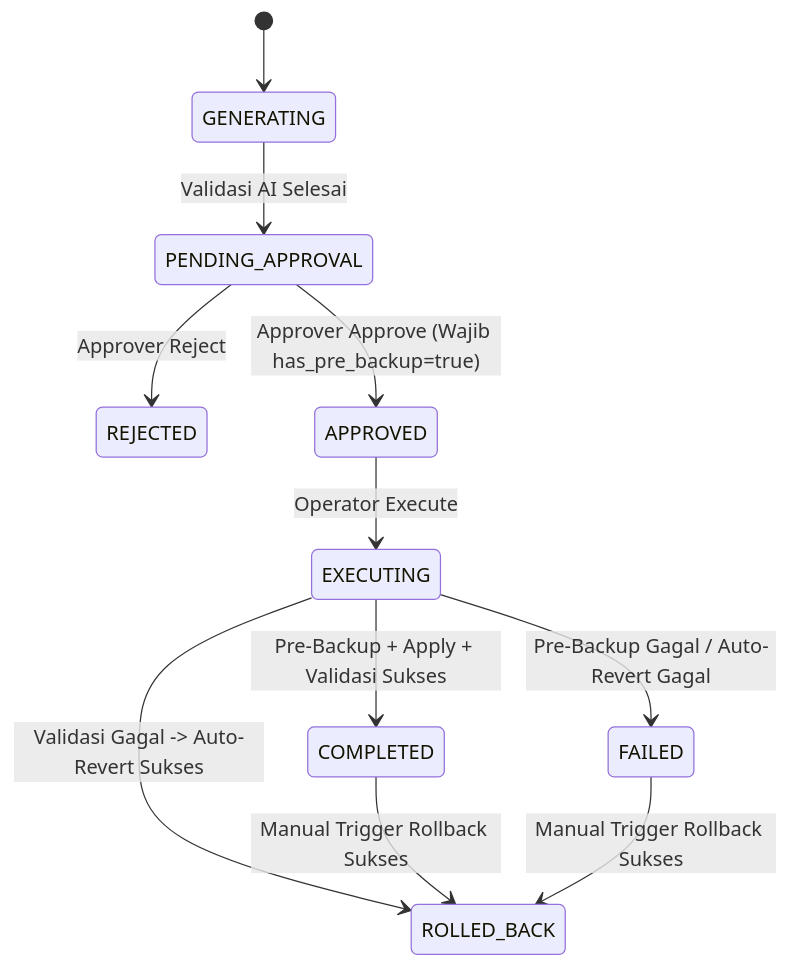
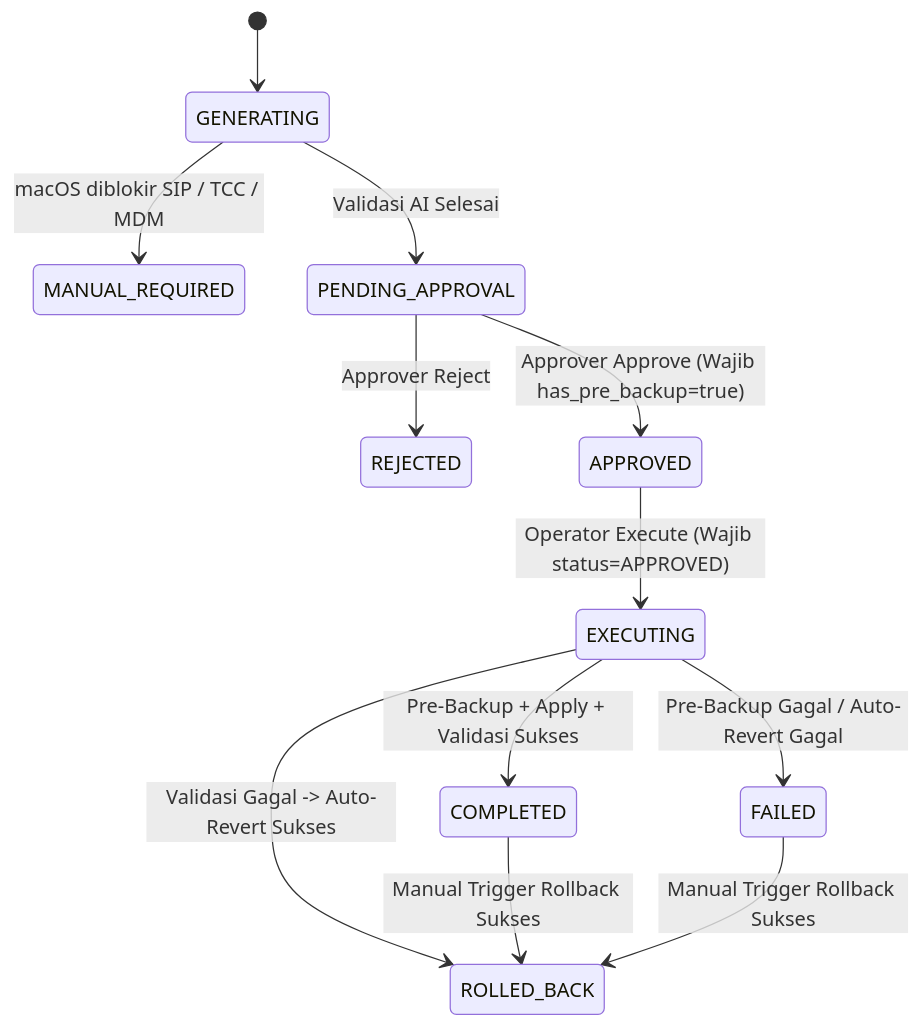
Before and after one commit to hardiyan46/Q-Shields: the fourth of 5 diagrams in docs/PRD-Phase-1.md, drawn with Mermaid. The commit also changed other lines of this file and 1 other file, not shown here.

````diff
--- a/docs/PRD-Phase-1.md
+++ b/docs/PRD-Phase-1.md
@@ -214,13 +228,14 @@
 ```mermaid
 stateDiagram-v2
     [*] --> GENERATING
+    GENERATING --> MANUAL_REQUIRED: macOS diblokir SIP / TCC / MDM
     GENERATING --> PENDING_APPROVAL: Validasi AI Selesai
     PENDING_APPROVAL --> REJECTED: Approver Reject
     PENDING_APPROVAL --> APPROVED: Approver Approve (Wajib has_pre_backup=true)
-    APPROVED --> EXECUTING: Operator Execute
+    APPROVED --> EXECUTING: Operator Execute (Wajib status=APPROVED)
     EXECUTING --> COMPLETED: Pre-Backup + Apply + Validasi Sukses
     EXECUTING --> ROLLED_BACK: Validasi Gagal -> Auto-Revert Sukses
     EXECUTING --> FAILED: Pre-Backup Gagal / Auto-Revert Gagal
     COMPLETED --> ROLLED_BACK: Manual Trigger Rollback Sukses
     FAILED --> ROLLED_BACK: Manual Trigger Rollback Sukses
 ```
````
